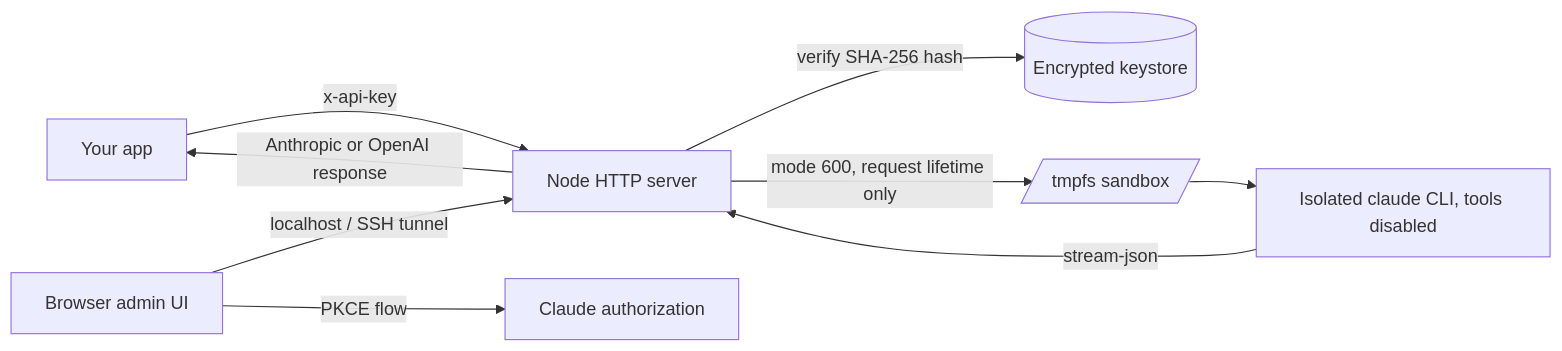
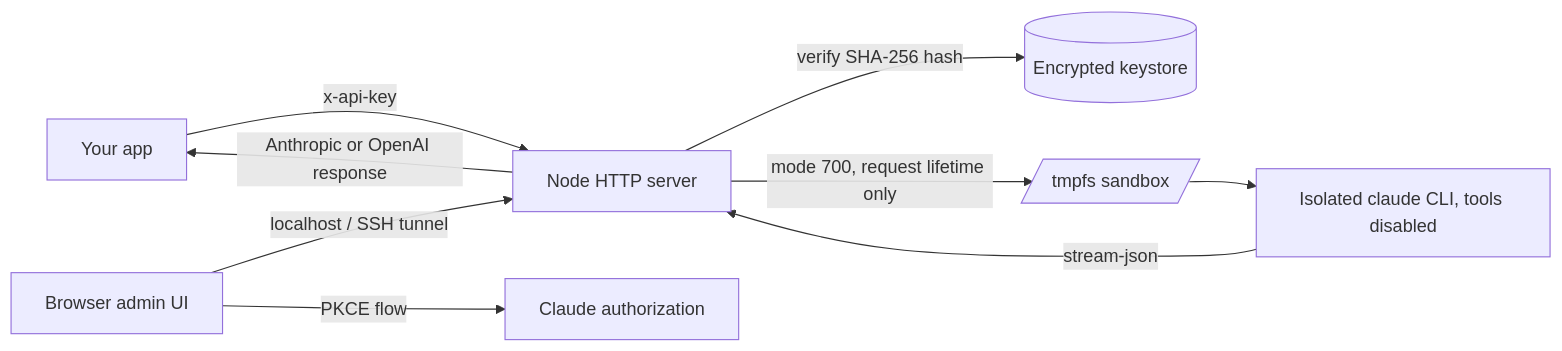
Before and after one commit to asinadarsh/claude-session-lab: the diagram in README.md, drawn with Mermaid. The commit also changed other lines of this file and 5 other files, not shown here.

````diff
--- a/README.md
+++ b/README.md
@@ -357,12 +379,12 @@
 ```mermaid
 flowchart LR
     APP[Your app] -->|x-api-key| S[Node HTTP server]
     S -->|verify SHA-256 hash| K[(Encrypted keystore)]
-    S -->|mode 600, request lifetime only| M[/tmpfs sandbox/]
+    S -->|mode 700, request lifetime only| M[/tmpfs sandbox/]
     M --> C[Isolated claude CLI, tools disabled]
     C -->|stream-json| S
     S -->|Anthropic or OpenAI response| APP
 
     B[Browser admin UI] -->|localhost / SSH tunnel| S
     B -->|PKCE flow| A[Claude authorization]
 ```
````
